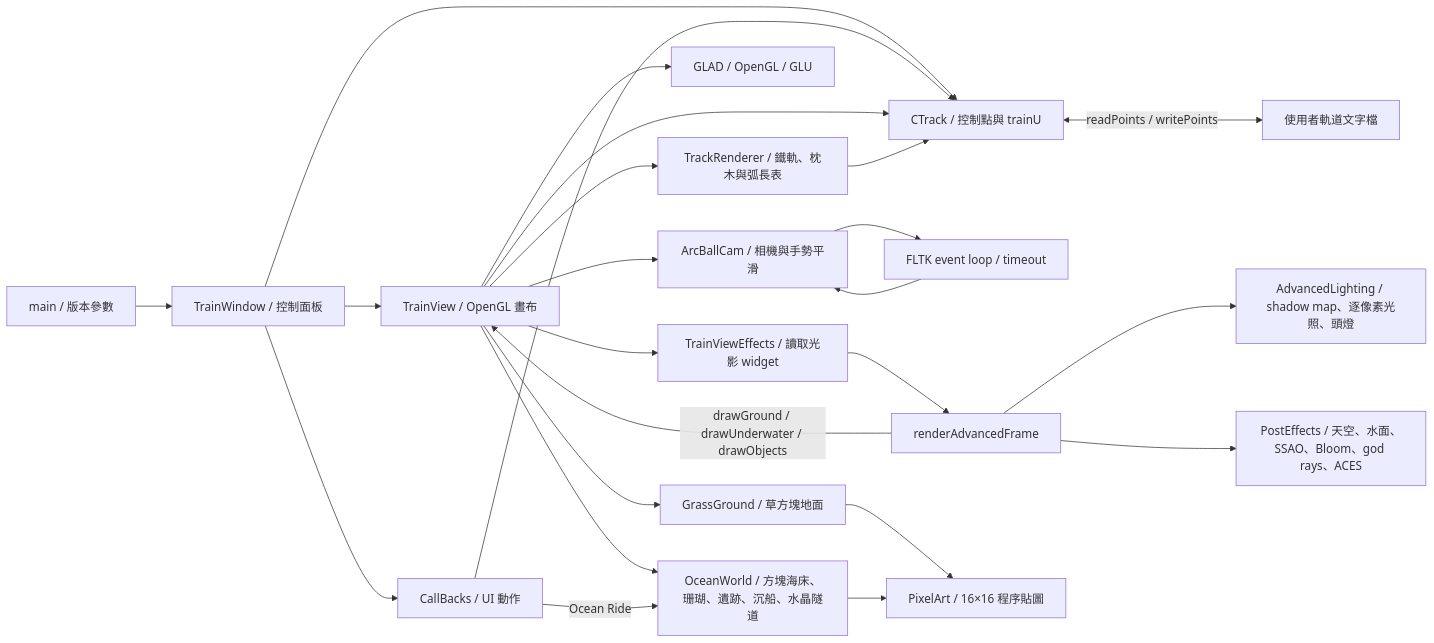
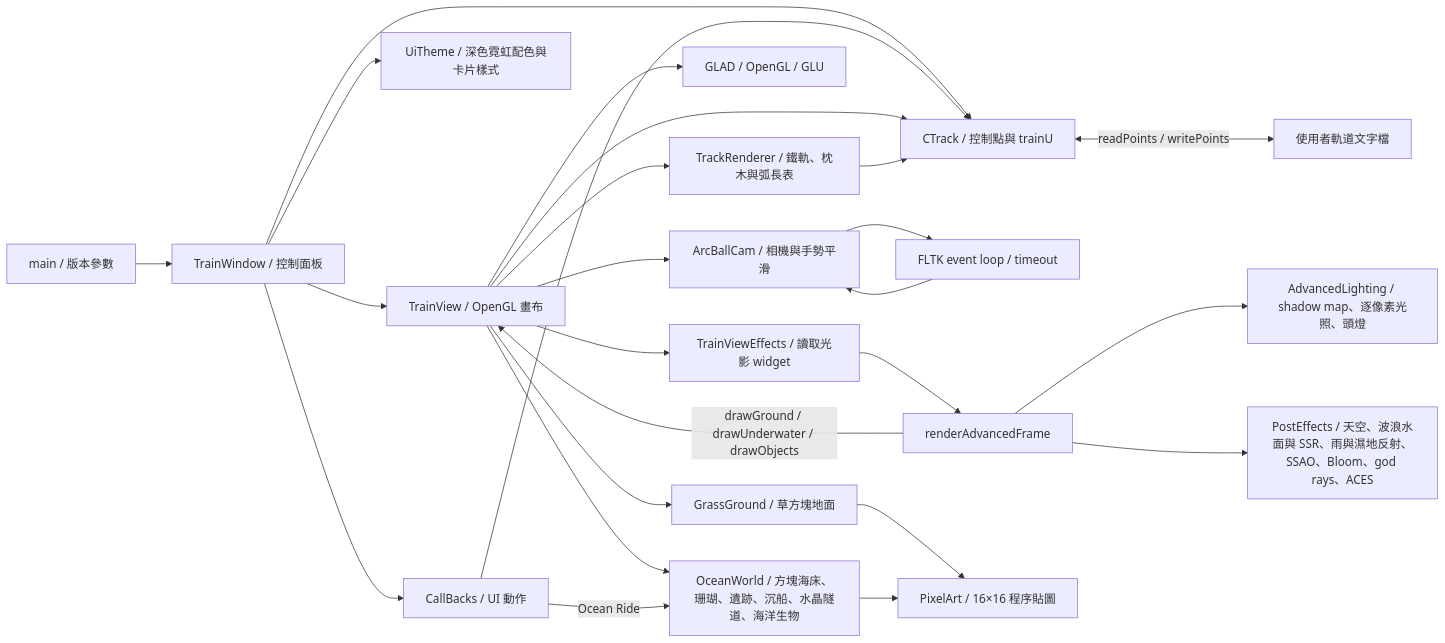
The diagram in docs/architecture.md (wj6wj6/RollerCoasters), drawn with Mermaid before and after one commit. The commit also changed other lines of this file and 6 other files, not shown here.

First line of the commit message:
feat: clear-water ocean ride, Gerstner waves, SSR, rain and a dark control panel

````diff
--- a/docs/architecture.md
+++ b/docs/architecture.md
@@ -3,26 +3,27 @@
 ```mermaid
 flowchart LR
     Main[main / 版本參數] --> Window[TrainWindow / 控制面板]
     Window --> View[TrainView / OpenGL 畫布]
     Window --> Track[CTrack / 控制點與 trainU]
+    Window --> Theme[UiTheme / 深色霓虹配色與卡片樣式]
     Window --> Callbacks[CallBacks / UI 動作]
     Callbacks --> Track
     View --> Track
     View --> Rails[TrackRenderer / 鐵軌、枕木與弧長表]
     Rails --> Track
     View --> Camera[ArcBallCam / 相機與手勢平滑]
     Camera --> Timer[FLTK event loop / timeout]
     Timer --> Camera
     Track <-->|readPoints / writePoints| File[使用者軌道文字檔]
     View --> GL[GLAD / OpenGL / GLU]
     View --> Effects[TrainViewEffects / 讀取光影 widget]
     Effects --> Frame[renderAdvancedFrame]
     Frame --> Lighting[AdvancedLighting / shadow map、逐像素光照、頭燈]
-    Frame --> Post[PostEffects / 天空、水面、SSAO、Bloom、god rays、ACES]
+    Frame --> Post[PostEffects / 天空、波浪水面與 SSR、雨與濕地反射、SSAO、Bloom、god rays、ACES]
     Frame -->|drawGround / drawUnderwater / drawObjects| View
     View --> Ground[GrassGround / 草方塊地面]
-    View --> Ocean[OceanWorld / 方塊海床、珊瑚、遺跡、沉船、水晶隧道]
+    View --> Ocean[OceanWorld / 方塊海床、珊瑚、遺跡、沉船、水晶隧道、海洋生物]
     Ground --> Pixel[PixelArt / 16×16 程序貼圖]
     Ocean --> Pixel
     Callbacks -->|Ocean Ride| Ocean
 ```
````
